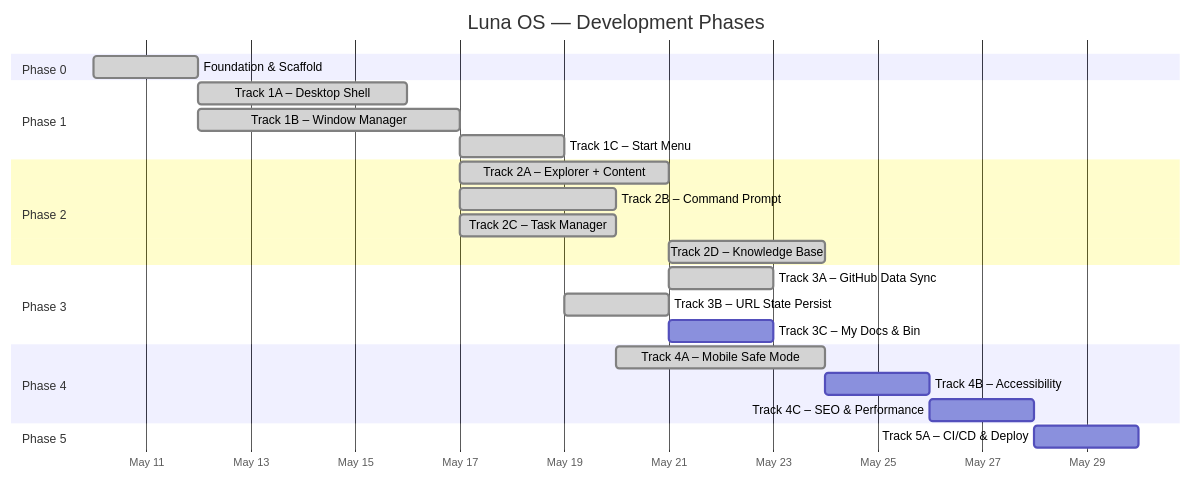
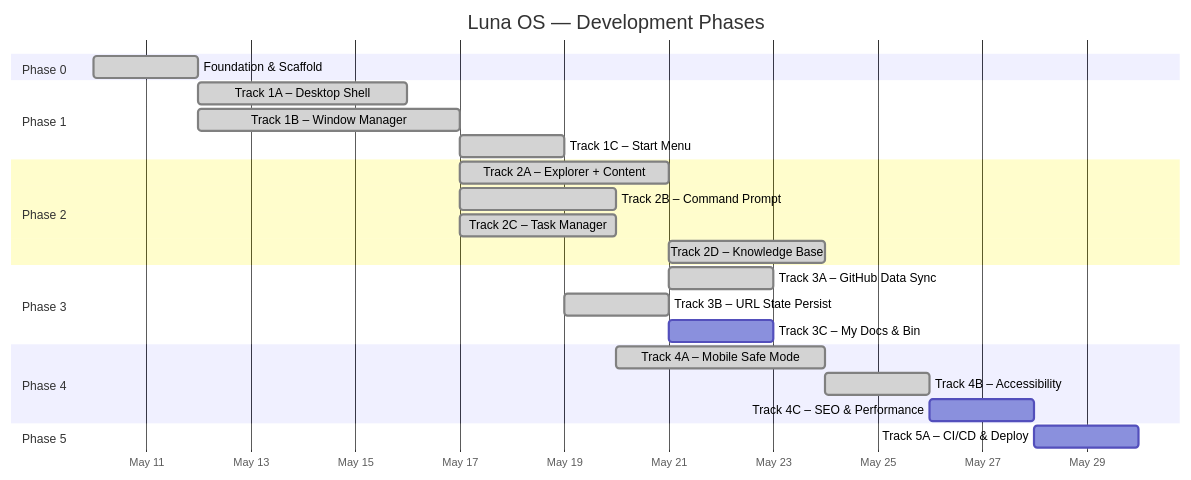
Before and after one commit to mansyar/portfolio-v3: the first of 2 diagrams in docs/ROADMAP.md, drawn with Mermaid. The commit also changed other lines of this file and 9 other files, not shown here.

````diff
--- a/docs/ROADMAP.md
+++ b/docs/ROADMAP.md
@@ -11,33 +11,33 @@
 ```mermaid
 gantt
     title Luna OS — Development Phases
     dateFormat  YYYY-MM-DD
     axisFormat  %b %d
 
     section Phase 0
     Foundation & Scaffold         :done, p0, 2026-05-10, 2d
 
     section Phase 1
     Track 1A – Desktop Shell      :done, p1a, after p0, 4d
     Track 1B – Window Manager     :done, p1b, after p0, 5d
     Track 1C – Start Menu         :done, p1c, after p1b, 2d
 
     section Phase 2
     Track 2A – Explorer + Content :done, p2a, after p1b, 4d
     Track 2B – Command Prompt     :done, p2b, after p1b, 3d
     Track 2C – Task Manager       :done, p2c, after p1b, 3d
     Track 2D – Knowledge Base     :done, p2d, after p2a, 3d
 
     section Phase 3
     Track 3A – GitHub Data Sync   :done, p3a, after p2a, 2d
     Track 3B – URL State Persist  :done, p3b, after p1c, 2d
     Track 3C – My Docs & Bin      :p3c, after p2a, 2d
 
     section Phase 4
     Track 4A – Mobile Safe Mode   :done, p4a, after p2b, 4d
-    Track 4B – Accessibility      :p4b, after p4a, 2d
+    Track 4B – Accessibility      :done, p4b, after p4a, 2d
     Track 4C – SEO & Performance  :p4c, after p4b, 2d
 
     section Phase 5
     Track 5A – CI/CD & Deploy     :p5a, after p4c, 2d
 ```
````
